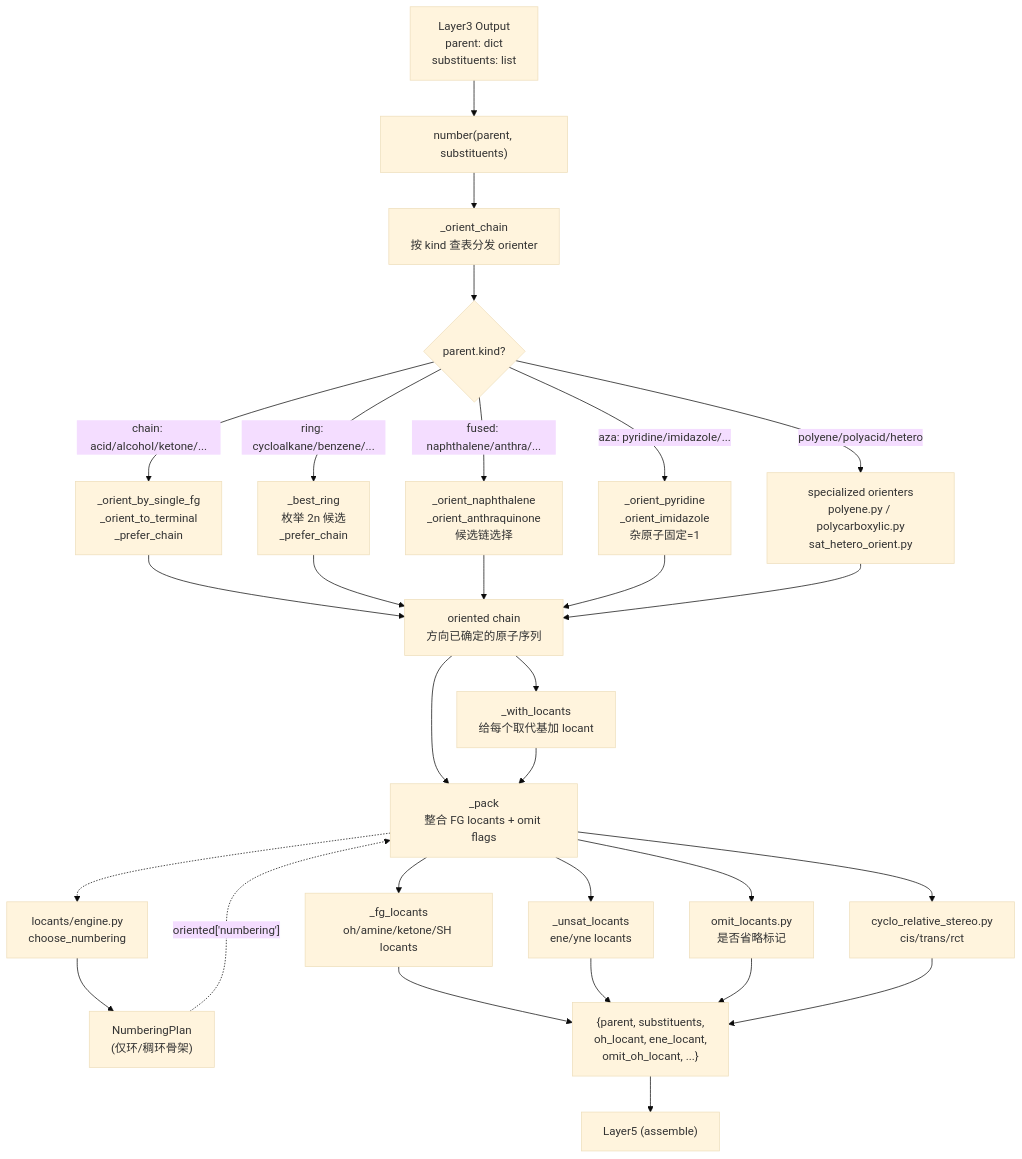
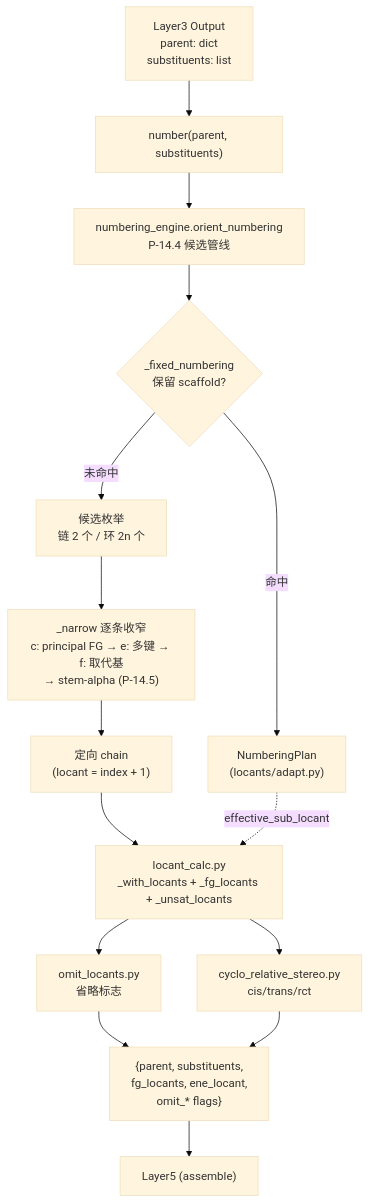
One commit to zouxiaofei1/OpenSMILES changed the diagram in docs/wiki/architecture/layer4-numbering.md. Above: the diagram before and after it, drawn with Mermaid (base theme). The commit also changed other lines of this file and 20 other files, not shown here.

````diff
--- a/docs/wiki/architecture/layer4-numbering.md
+++ b/docs/wiki/architecture/layer4-numbering.md
@@ -172,46 +173,28 @@
 ```mermaid
 flowchart TD
     L3["Layer3 Output<br/>parent: dict<br/>substituents: list"]
     NUM["number(parent, substituents)"]
-    ORIENT["_orient_chain<br/>按 kind 查表分发 orienter"]
-    KIND{"parent.kind?"}
-    ENGINE["locants/engine.py<br/>choose_numbering"]
-    PLAN["NumberingPlan<br/>(仅环/稠环骨架)"]
-    PACK["_pack<br/>整合 FG locants + omit flags"]
+    ORIENT["numbering_engine.orient_numbering<br/>P-14.4 候选管线"]
+    FIXED{"_fixed_numbering<br/>保留 scaffold?"}
+    CAND["候选枚举<br/>链 2 个 / 环 2n 个"]
+    NARROW["_narrow 逐条收窄<br/>c: principal FG → e: 多键 → f: 取代基<br/>→ stem-alpha (P-14.5)"]
+    PLAN["NumberingPlan<br/>(locants/adapt.py)"]
+    LOC["locant_calc.py<br/>_with_locants + _fg_locants + _unsat_locants"]
+    OMIT["omit_locants.py<br/>省略标志"]
+    STEREO["cyclo_relative_stereo.py<br/>cis/trans/rct"]
 
     L3 --> NUM
     NUM --> ORIENT
-    ORIENT --> KIND
-
-    KIND -->|"chain: acid/alcohol/ketone/..."| C_ORIENT["_orient_by_single_fg<br/>_orient_to_terminal<br/>_prefer_chain"]
-    KIND -->|"ring: cycloalkane/benzene/..."| R_ORIENT["_best_ring<br/>枚举 2n 候选<br/>_prefer_chain"]
-    KIND -->|"fused: naphthalene/anthra/..."| F_ORIENT["_orient_naphthalene<br/>_orient_anthraquinone<br/>候选链选择"]
-    KIND -->|"aza: pyridine/imidazole/..."| A_ORIENT["_orient_pyridine<br/>_orient_imidazole<br/>杂原子固定=1"]
-    KIND -->|"polyene/polyacid/hetero"| P_ORIENT["specialized orienters<br/>polyene.py / polycarboxylic.py<br/>sat_hetero_orient.py"]
-
-    C_ORIENT --> CHAIN["oriented chain<br/>方向已确定的原子序列"]
-    R_ORIENT --> CHAIN
-    F_ORIENT --> CHAIN
-    A_ORIENT --> CHAIN
-    P_ORIENT --> CHAIN
-
-    CHAIN --> PACK
-    CHAIN --> LOCANTS["_with_locants<br/>给每个取代基加 locant"]
-    LOCANTS --> PACK
-
-    .-> ENGINE
-    ENGINE --> PLAN
-    PLAN -.->|"oriented['numbering']"| PACK
-
-    PACK --> FG["_fg_locants<br/>oh/amine/ketone/SH locants"]
-    PACK --> UNSAT["_unsat_locants<br/>ene/yne locants"]
-    PACK --> OMIT["omit_locants.py<br/>是否省略标记"]
-    PACK --> STEREO["cyclo_relative_stereo.py<br/>cis/trans/rct"]
-
-    FG --> OUT["{parent, substituents,<br/>oh_locant, ene_locant,<br/>omit_oh_locant, ...}"]
-    UNSAT --> OUT
-    OMIT --> OUT
+    ORIENT --> FIXED
+    FIXED -->|"命中"| PLAN
+    FIXED -->|"未命中"| CAND
+    CAND --> NARROW
+    NARROW --> CHAIN["定向 chain<br/>(locant = index + 1)"]
+    CHAIN --> LOC
+    PLAN -.->|"effective_sub_locant"| LOC
+    LOC --> OMIT
+    LOC --> STEREO
+    OMIT --> OUT["{parent, substituents,<br/>fg_locants, ene_locant,<br/>omit_* flags}"]
     STEREO --> OUT
-
     OUT --> L5["Layer5 (assemble)"]
 ```
````
